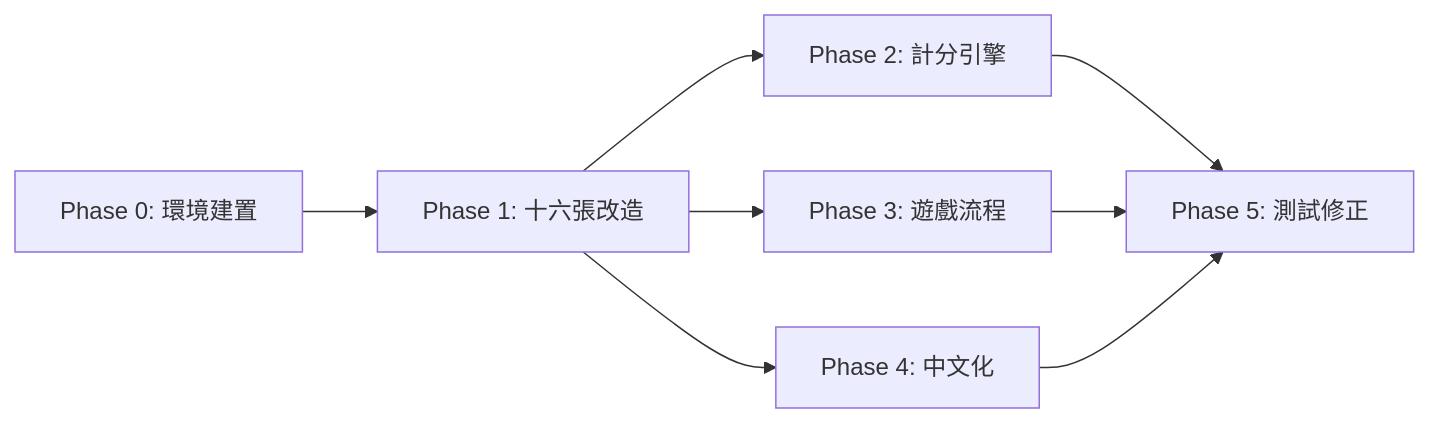
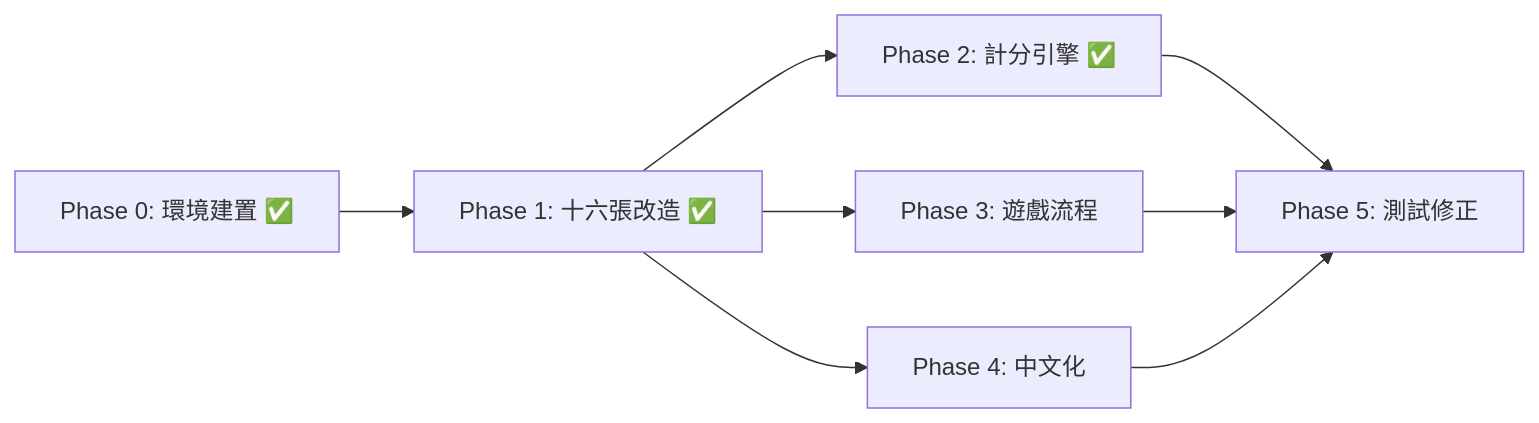
Before and after one commit to chymmike/majiang-taiwan: the diagram in DEVPLAN.md, drawn with Mermaid. The commit also changed other lines of this file and 1 other file, not shown here.

Commit message:
docs: update DEVPLAN.md — Phase 0/1/2 marked complete

````diff
--- a/DEVPLAN.md
+++ b/DEVPLAN.md
@@ -204,10 +163,10 @@
 ```mermaid
 graph LR
-    P0[Phase 0: 環境建置] --> P1[Phase 1: 十六張改造]
-    P1 --> P2[Phase 2: 計分引擎]
+    P0[Phase 0: 環境建置 ✅] --> P1[Phase 1: 十六張改造 ✅]
+    P1 --> P2[Phase 2: 計分引擎 ✅]
     P1 --> P3[Phase 3: 遊戲流程]
     P2 --> P5[Phase 5: 測試修正]
     P3 --> P5
     P1 --> P4[Phase 4: 中文化]
     P4 --> P5
 ```
````
